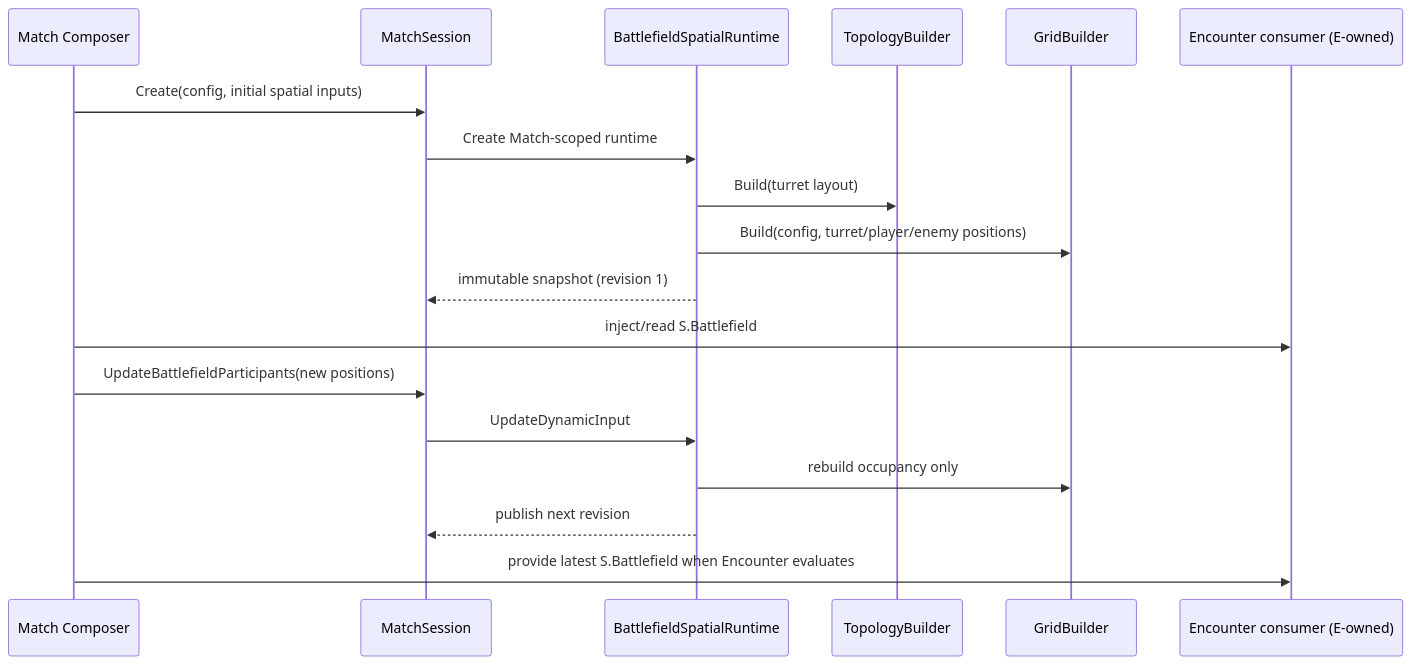
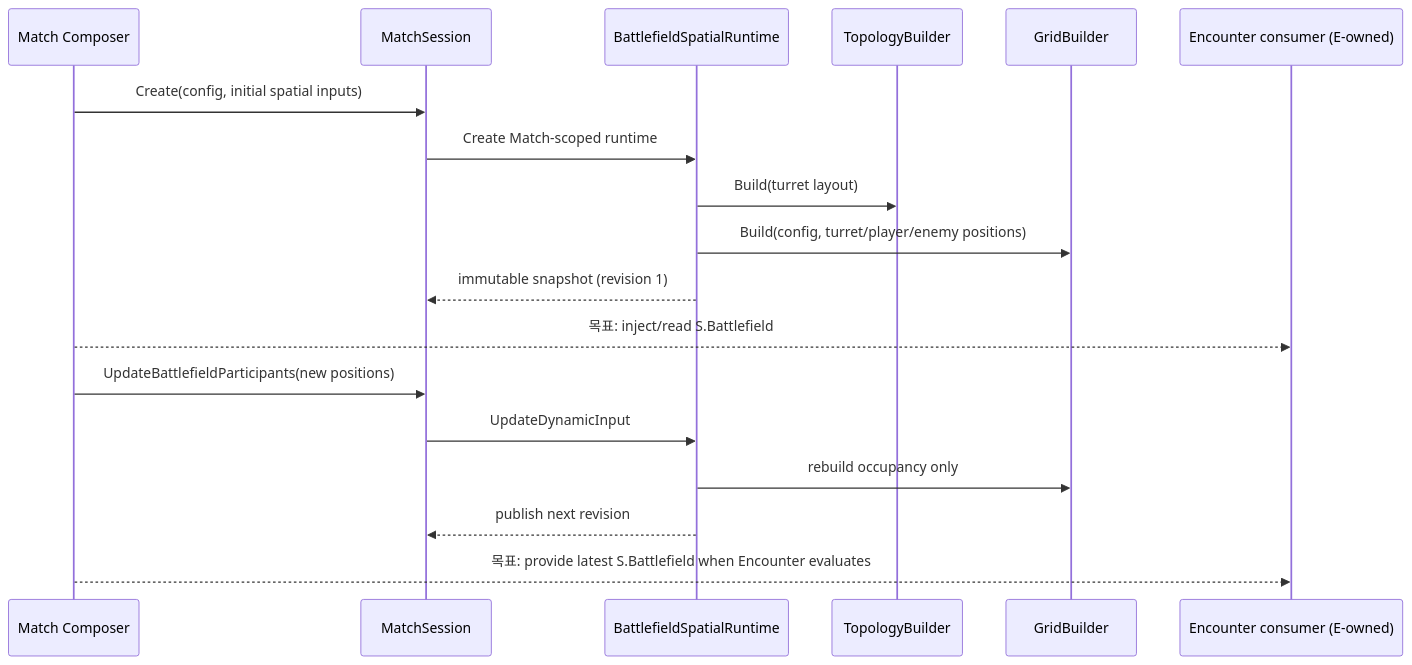
The fourth of 4 diagrams in Assets/PoC/Core/README.md (Team-HJD-21/unity-6-the-developer), drawn with Mermaid before and after one commit. The commit also changed other lines of this file, not shown here.

Commit message:
docs(core): record encounter handoff gap

````diff
--- a/Assets/PoC/Core/README.md
+++ b/Assets/PoC/Core/README.md
@@ -264,20 +264,20 @@
 ```mermaid
 sequenceDiagram
     participant C as Match Composer
     participant S as MatchSession
     participant R as BattlefieldSpatialRuntime
     participant T as TopologyBuilder
     participant G as GridBuilder
     participant E as Encounter consumer (E-owned)
     C->>S: Create(config, initial spatial inputs)
     S->>R: Create Match-scoped runtime
     R->>T: Build(turret layout)
     R->>G: Build(config, turret/player/enemy positions)
     R-->>S: immutable snapshot (revision 1)
-    C->>E: inject/read S.Battlefield
+    C-->>E: 목표: inject/read S.Battlefield
     C->>S: UpdateBattlefieldParticipants(new positions)
     S->>R: UpdateDynamicInput
     R->>G: rebuild occupancy only
     R-->>S: publish next revision
-    C->>E: provide latest S.Battlefield when Encounter evaluates
+    C-->>E: 목표: provide latest S.Battlefield when Encounter evaluates
 ```
````
